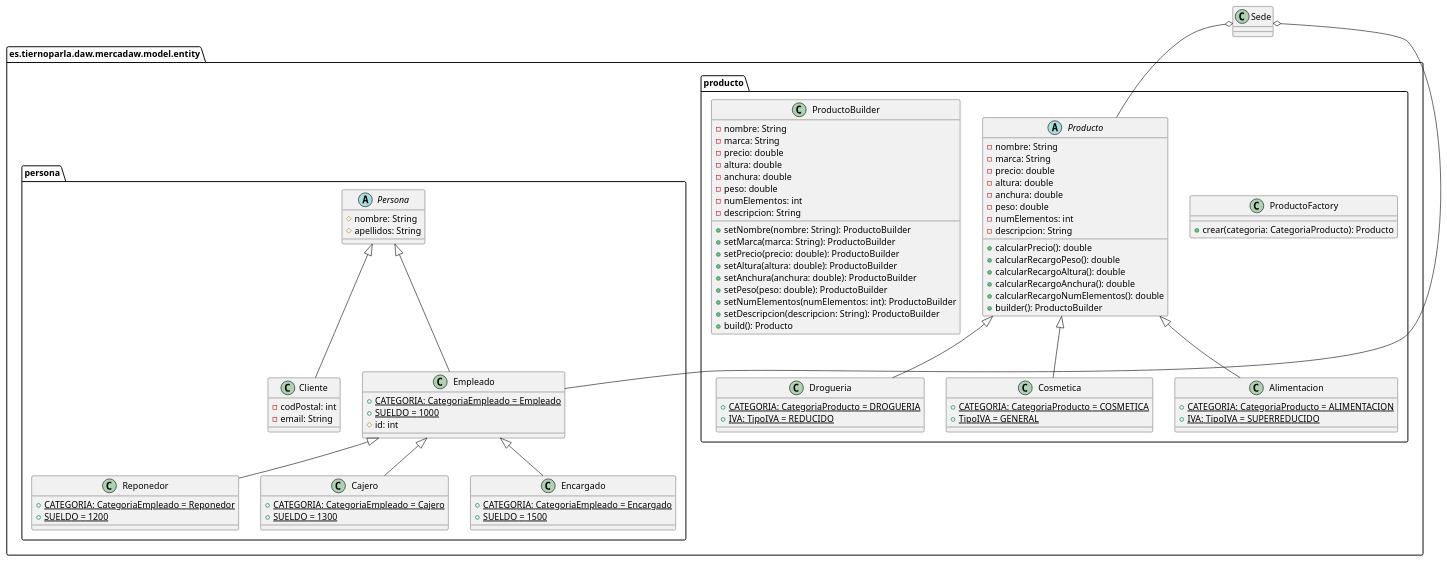
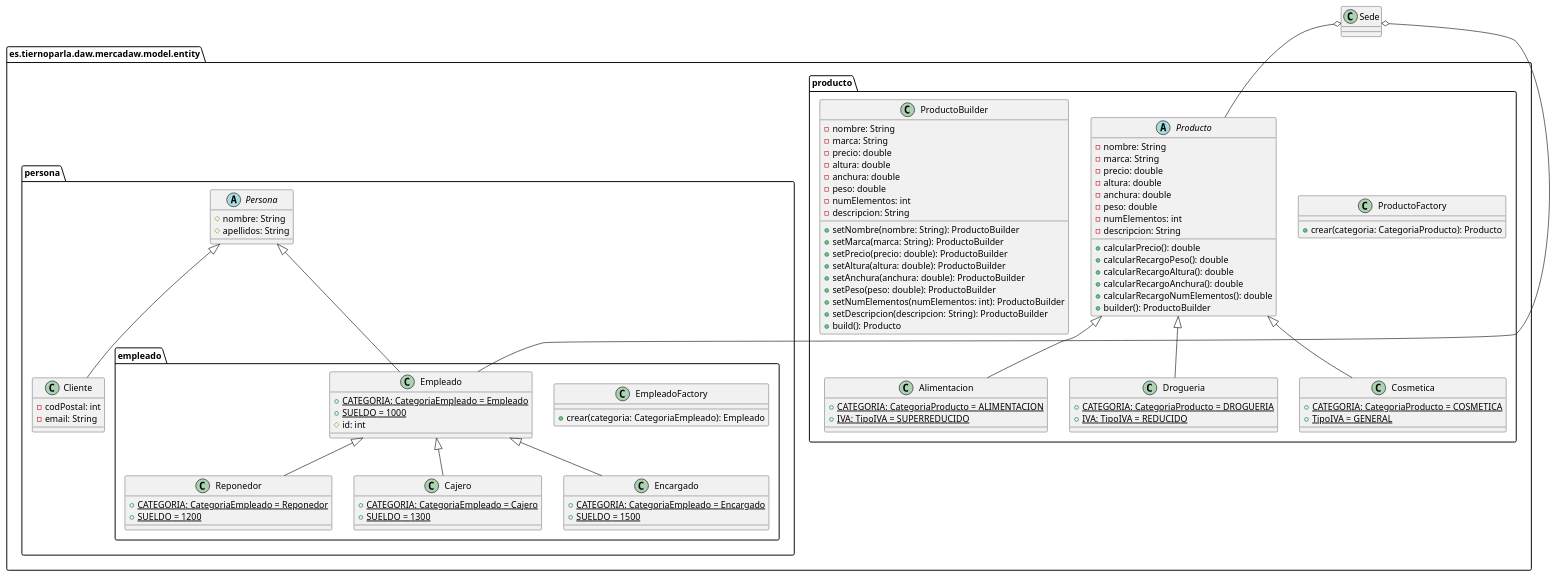
The diagram in design/Diagramas/Clases/DiagramaClasesEntity.pu (adrils16/MercaDawFinal), drawn with PlantUML before and after one commit. The commit also changed 12 other files, not shown here.

```diff
--- a/design/Diagramas/Clases/DiagramaClasesEntity.pu
+++ b/design/Diagramas/Clases/DiagramaClasesEntity.pu
@@ -1,115 +1,124 @@
 @startuml Entity
 set namespaceSeparator none
 allow_mixing
 
 package es.tiernoparla.daw.mercadaw.model.entity {
 
     package producto {
         class ProductoFactory {
             +crear(categoria: CategoriaProducto): Producto
         }
 
         abstract Producto {
             -nombre: String
             -marca: String
             -precio: double
             -altura: double
             -anchura: double
             -peso: double
             -numElementos: int
             -descripcion: String
 
             +calcularPrecio(): double
             +calcularRecargoPeso(): double
             +calcularRecargoAltura(): double
             +calcularRecargoAnchura(): double
             +calcularRecargoNumElementos(): double
             +builder(): ProductoBuilder
         }
 
         class Alimentacion {
             +{static} CATEGORIA: CategoriaProducto = ALIMENTACION
             +{static} IVA: TipoIVA = SUPERREDUCIDO
         }
 
         class Drogueria {
             +{static} CATEGORIA: CategoriaProducto = DROGUERIA
             +{static} IVA: TipoIVA = REDUCIDO
         }
 
         class Cosmetica {
             +{static} CATEGORIA: CategoriaProducto = COSMETICA
             +{static} TipoIVA = GENERAL
         }
 
+        'Está en duda
         class ProductoBuilder {
             -nombre: String
             -marca: String
             -precio: double
             -altura: double
             -anchura: double
             -peso: double
             -numElementos: int
             -descripcion: String
             +setNombre(nombre: String): ProductoBuilder
             +setMarca(marca: String): ProductoBuilder
             +setPrecio(precio: double): ProductoBuilder
             +setAltura(altura: double): ProductoBuilder
             +setAnchura(anchura: double): ProductoBuilder
             +setPeso(peso: double): ProductoBuilder
             +setNumElementos(numElementos: int): ProductoBuilder
             +setDescripcion(descripcion: String): ProductoBuilder
             +build(): Producto
         }
 
         Producto <|-- Alimentacion
         Producto <|-- Drogueria
         Producto <|-- Cosmetica
     }
 
     package persona {
 
-        class Empleado {
-            +{static} CATEGORIA: CategoriaEmpleado = Empleado
-            +{static} SUELDO = 1000
-            #id: int
-        }
-
         abstract Persona {
             #nombre: String
             #apellidos: String
         }
 
-        class Reponedor {
-            +{static} CATEGORIA: CategoriaEmpleado = Reponedor
-            +{static} SUELDO = 1200
-        }
+        package empleado {
 
-        class Cajero {
-            +{static} CATEGORIA: CategoriaEmpleado = Cajero
-            +{static} SUELDO = 1300
-        }
+            class EmpleadoFactory {
+                +crear(categoria: CategoriaEmpleado): Empleado
+            }
 
-        class Encargado {
-            +{static} CATEGORIA: CategoriaEmpleado = Encargado
-            +{static} SUELDO = 1500
+            class Empleado {
+                +{static} CATEGORIA: CategoriaEmpleado = Empleado
+                +{static} SUELDO = 1000
+                #id: int
+            }
+
+            class Reponedor {
+                +{static} CATEGORIA: CategoriaEmpleado = Reponedor
+                +{static} SUELDO = 1200
+            }
+
+            class Cajero {
+                +{static} CATEGORIA: CategoriaEmpleado = Cajero
+                +{static} SUELDO = 1300
+            }
+
+            class Encargado {
+                +{static} CATEGORIA: CategoriaEmpleado = Encargado
+                +{static} SUELDO = 1500
+            }
+
         }
 
         class Cliente {
             -codPostal: int
             -email: String
         }
 
         Empleado <|-- Reponedor
         Empleado <|-- Cajero
         Empleado <|-- Encargado
 
         Persona <|-- Empleado
         Persona <|-- Cliente
     }
 
 }
 Sede o-- Empleado
 Sede o-- Producto
 
 @enduml
```
